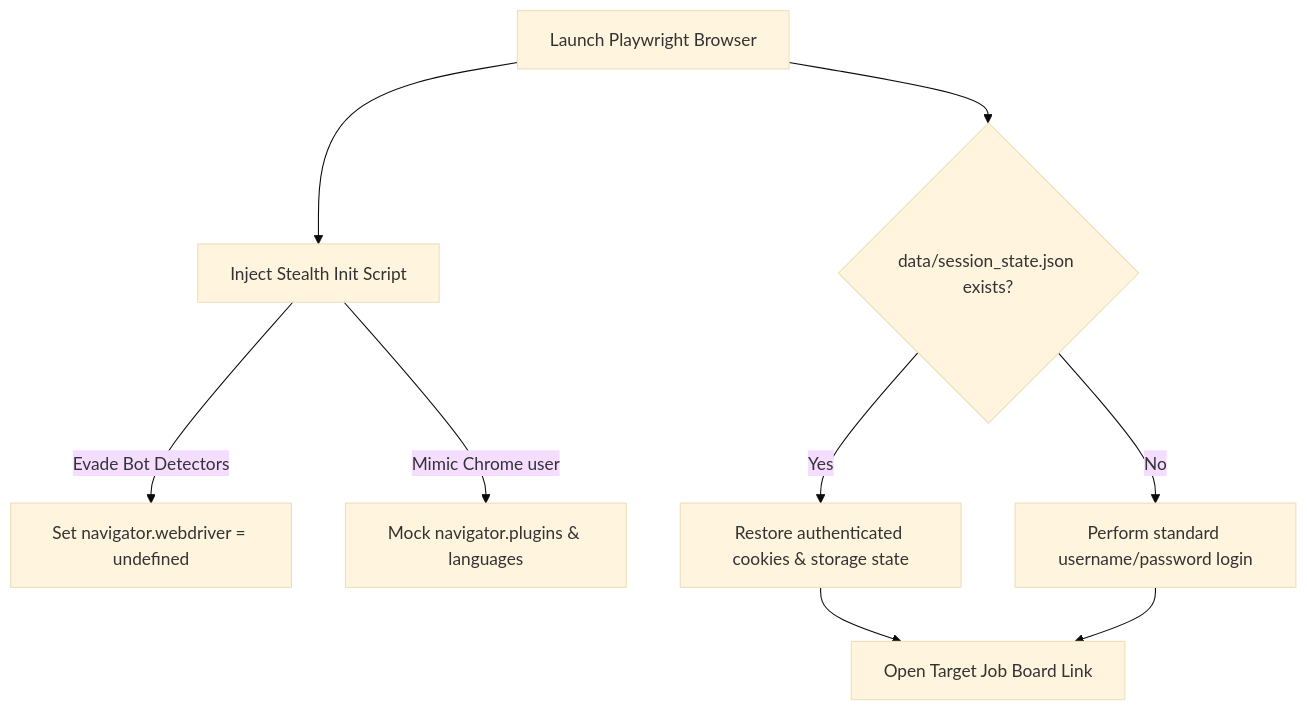
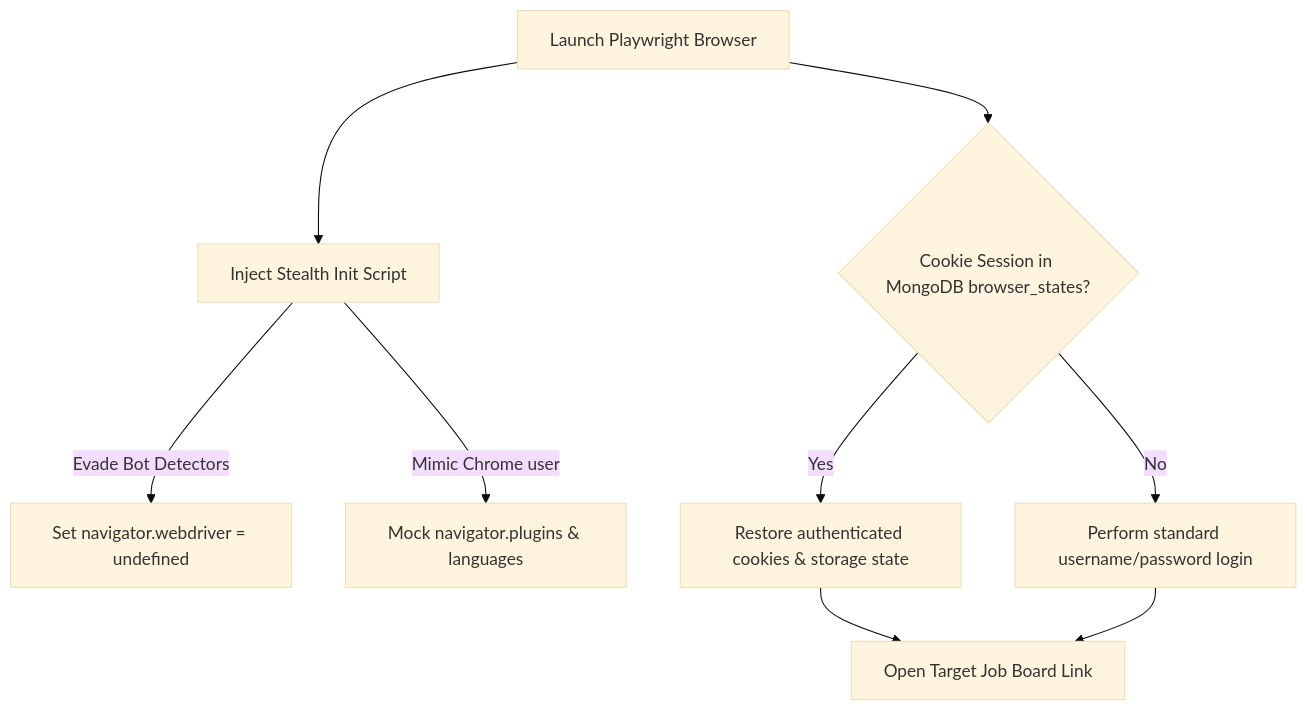
The sixth of 7 diagrams in doc/usermanual.md (nitin048/job_application_system), drawn with Mermaid (base theme) before and after one commit. The commit also changed other lines of this file and 22 other files, not shown here.

````diff
--- a/doc/usermanual.md
+++ b/doc/usermanual.md
@@ -162,10 +163,10 @@
 ```mermaid
 graph TD
     A[Launch Playwright Browser] --> B[Inject Stealth Init Script]
     B -->|Evade Bot Detectors| C[Set navigator.webdriver = undefined]
     B -->|Mimic Chrome user| D[Mock navigator.plugins & languages]
-    A --> E{data/session_state.json exists?}
+    A --> E{Cookie Session in MongoDB browser_states?}
     E -->|Yes| F[Restore authenticated cookies & storage state]
     E -->|No| G[Perform standard username/password login]
     F & G --> H[Open Target Job Board Link]
 ```
````
